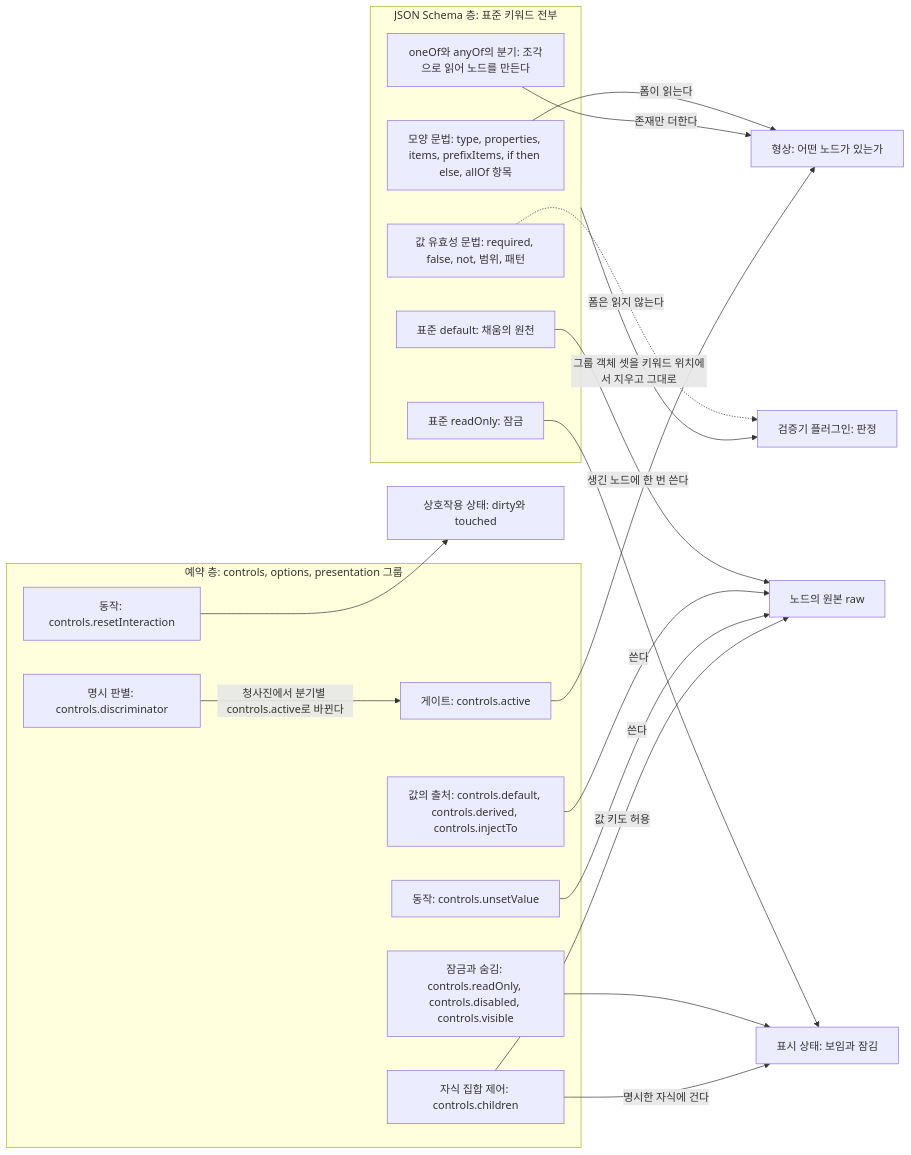
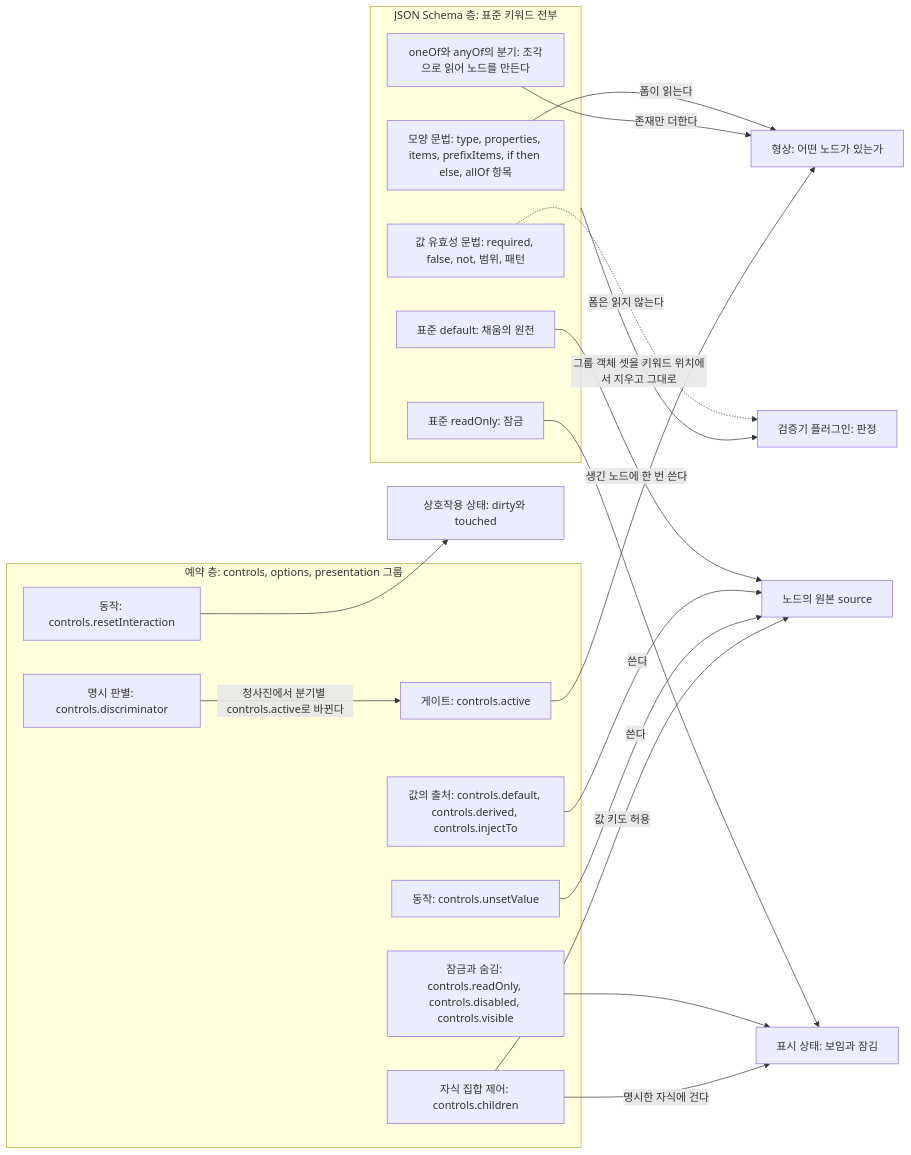
Before and after one commit to vincent-kk/albatrion: the first of 3 diagrams in packages/canard/schema-form/architecture/_archive/2026-09-29/02-target-overview.md, drawn with Mermaid. The commit also changed other lines of this file and 671 other files, not shown here.

````diff
--- a/packages/canard/schema-form/architecture/_archive/2026-09-29/02-target-overview.md
+++ b/packages/canard/schema-form/architecture/_archive/2026-09-29/02-target-overview.md
@@ -11,39 +11,39 @@
 ```mermaid
 flowchart LR
   subgraph schemaLayer["JSON Schema 층: 표준 키워드 전부"]
     shapeKw["모양 문법: type, properties, items, prefixItems, if then else, allOf 항목"]
     branchKw["oneOf와 anyOf의 분기: 조각으로 읽어 노드를 만든다"]
     defaultKw["표준 default: 채움의 원천"]
     readOnlyKw["표준 readOnly: 잠금"]
     validKw["값 유효성 문법: required, false, not, 범위, 패턴"]
   end
   subgraph reservedLayer["예약 층: controls, options, presentation 그룹"]
     gateKey["게이트: controls.active"]
     discKey["명시 판별: controls.discriminator"]
     stateKey["잠금과 숨김: controls.readOnly, controls.disabled, controls.visible"]
     sourceKey["값의 출처: controls.default, controls.derived, controls.injectTo"]
     actionKey["동작: controls.unsetValue"]
     resetKey["동작: controls.resetInteraction"]
     scopeKey["자식 집합 제어: controls.children"]
   end
   validator["검증기 플러그인: 판정"]
   shapeOut["형상: 어떤 노드가 있는가"]
-  raw["노드의 원본 raw"]
+  source["노드의 원본 source"]
   display["표시 상태: 보임과 잠김"]
   interaction["상호작용 상태: dirty와 touched"]
 
   schemaLayer -->|"그룹 객체 셋을 키워드 위치에서 지우고 그대로"| validator
   validKw -.->|"폼은 읽지 않는다"| validator
   shapeKw -->|"폼이 읽는다"| shapeOut
   branchKw -->|"존재만 더한다"| shapeOut
-  defaultKw -->|"생긴 노드에 한 번 쓴다"| raw
+  defaultKw -->|"생긴 노드에 한 번 쓴다"| source
   readOnlyKw --> display
   discKey -->|"청사진에서 분기별 controls.active로 바뀐다"| gateKey
   gateKey --> shapeOut
   stateKey --> display
-  sourceKey -->|"쓴다"| raw
-  actionKey -->|"쓴다"| raw
+  sourceKey -->|"쓴다"| source
+  actionKey -->|"쓴다"| source
   resetKey --> interaction
   scopeKey -->|"명시한 자식에 건다"| display
-  scopeKey -->|"값 키도 허용"| raw
+  scopeKey -->|"값 키도 허용"| source
 ```
````
